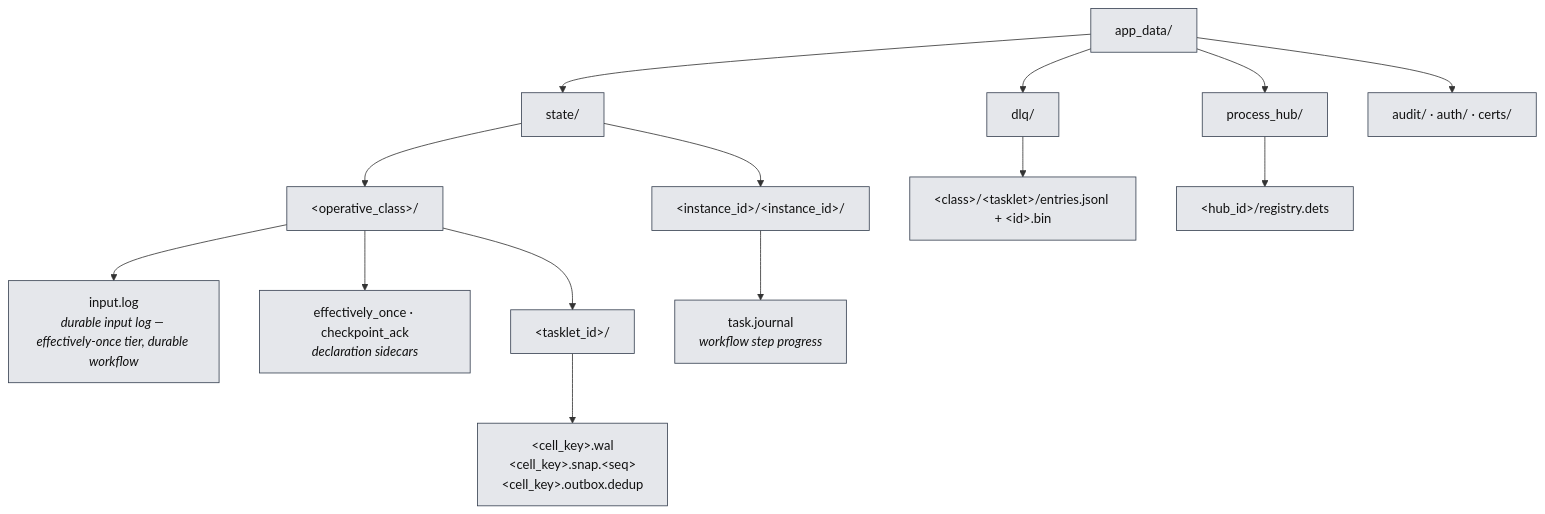
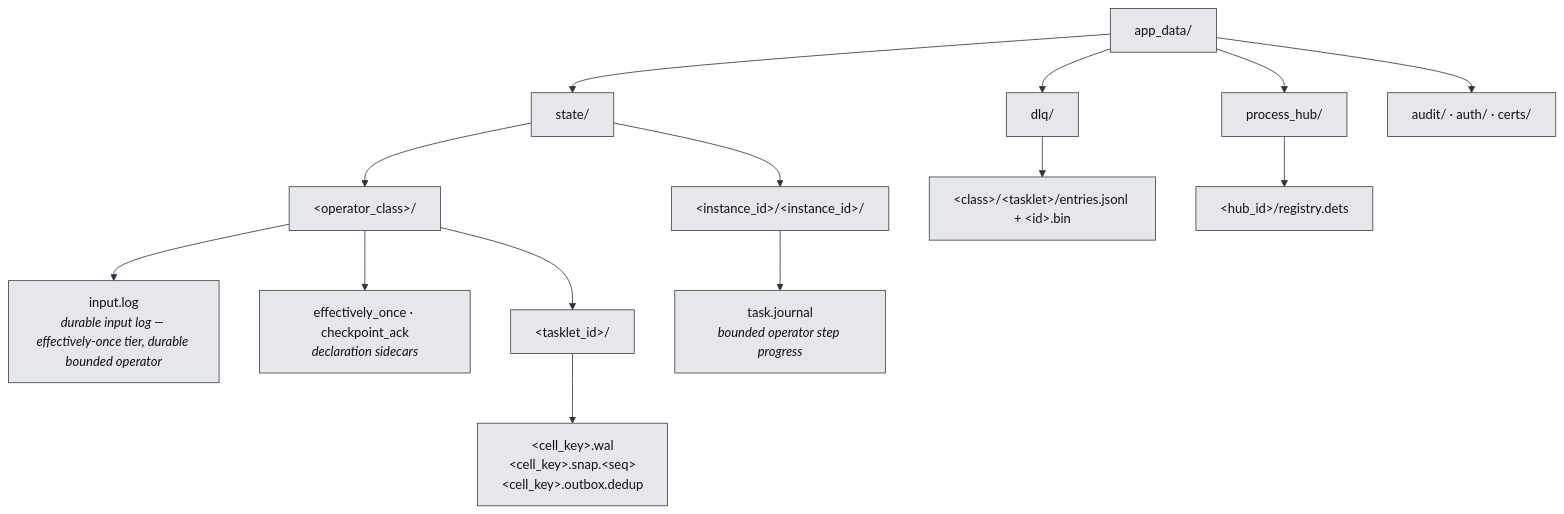
The eighth of 9 diagrams in docs/architecture/README.md (Flezha/flezha), drawn with Mermaid before and after one commit. The commit also changed other lines of this file and 929 other files, not shown here.

First line of the commit message:
Rename Operative to Operator, and its kinds to unbounded and bounded

````diff
--- a/docs/architecture/README.md
+++ b/docs/architecture/README.md
@@ -437,36 +437,36 @@
 ```mermaid
 flowchart TB
     ROOT["app_data/"]:::store
     ST["state/"]:::store
     DLQ["dlq/"]:::store
     PH["process_hub/"]:::store
     AUD["audit/ · auth/ · certs/"]:::store
 
-    CLS["&lt;operative_class&gt;/"]:::store
-    IL["input.log<br/><i>durable input log — effectively-once tier, durable workflow</i>"]:::store
+    CLS["&lt;operator_class&gt;/"]:::store
+    IL["input.log<br/><i>durable input log — effectively-once tier, durable bounded operator</i>"]:::store
     DECL["effectively_once · checkpoint_ack<br/><i>declaration sidecars</i>"]:::store
     OPID["&lt;tasklet_id&gt;/"]:::store
     SEG["&lt;cell_key&gt;.wal<br/>&lt;cell_key&gt;.snap.&lt;seq&gt;<br/>&lt;cell_key&gt;.outbox.dedup"]:::store
 
     INST["&lt;instance_id&gt;/&lt;instance_id&gt;/"]:::store
-    JRN["task.journal<br/><i>workflow step progress</i>"]:::store
+    JRN["task.journal<br/><i>bounded operator step progress</i>"]:::store
 
     DLQE["&lt;class&gt;/&lt;tasklet&gt;/entries.jsonl + &lt;id&gt;.bin"]:::store
     PHR["&lt;hub_id&gt;/registry.dets"]:::store
 
     ROOT --> ST
     ROOT --> DLQ
     ROOT --> PH
     ROOT --> AUD
     ST --> CLS
     CLS --> IL
     CLS --> DECL
     CLS --> OPID
     OPID --> SEG
     ST --> INST
     INST --> JRN
     DLQ --> DLQE
     PH --> PHR
 
     classDef store fill:#e5e7eb,stroke:#374151,color:#111
 ```
````
